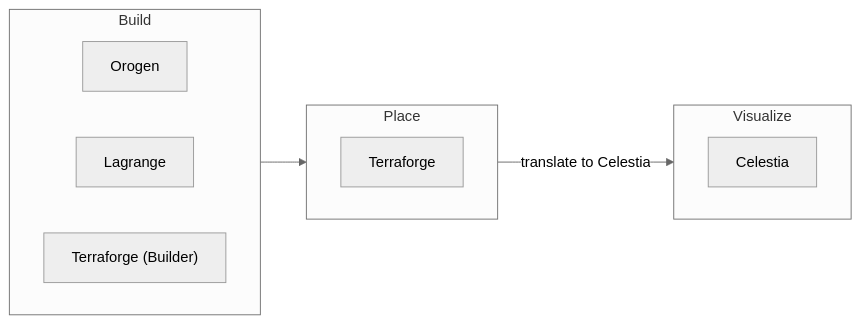
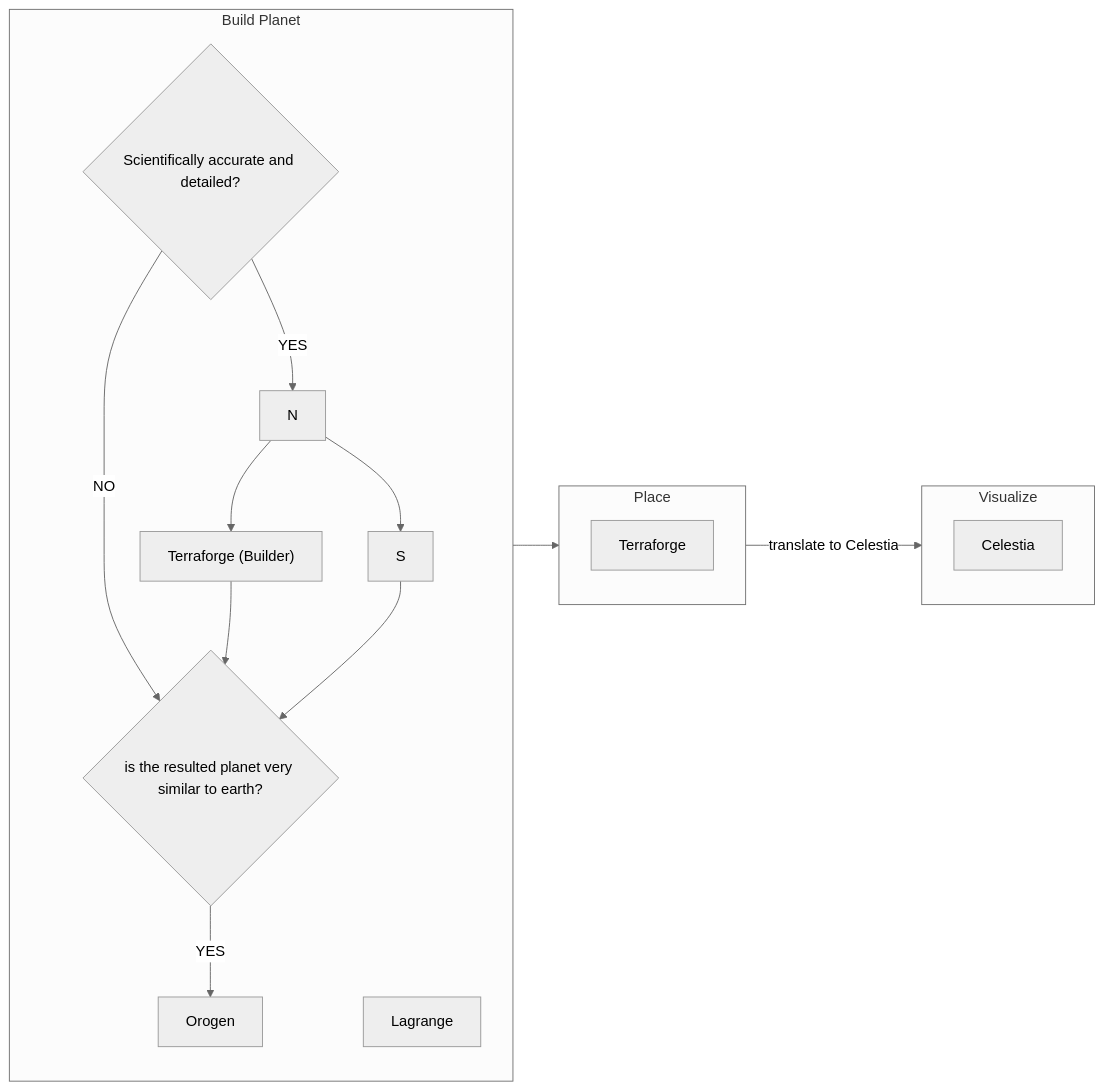
The fifth of 5 diagrams in docs/guidelines/workflow.md (lynnhubbz/Astrocosmos), drawn with Mermaid (neutral theme) before and after one commit. The commit also changed other lines of this file and 8 other files, not shown here.

```diff
--- a/docs/guidelines/workflow.md
+++ b/docs/guidelines/workflow.md
@@ -98,25 +189,41 @@
 ~~~mermaid
 flowchart LR
-    subgraph A["Build"]
-    direction LR
+    
+    B.Oro["Orogen"]
+    Lag["Lagrange"]
+    B.TeF["Terraforge (Builder)"]
+    P.TeF["Terraforge"]
+    
+    subgraph A["Build Planet"]
+    direction TD
+        Q1{"Scientifically accurate and detailed?"}
 
-        BuilderOrogen["Orogen"]
-        Lagrange
-        Terraforge["Terraforge (Builder)"]
+        Q1 --YES--> N:::hidden
+        Q1 --NO--> Q2
+        N --> B.TeF
+        N --> S
+
+        B.TeF --> Q2
+        S --> Q2
+
+        Q2{"is the resulted planet very similar to earth?"}
+        Q2 --YES--> B.Oro
+        Lag
+        B.TeF
 
     end
     
     A --> B
 
     subgraph B[Place]
-    direction RL
-        PlacerTerraforge["Terraforge"]
+    direction TD
+        P.TeF
     end
 
     B -- translate to Celestia --> Celestia
     
     subgraph C[Visualize]
-    direction RL
+    direction TD
         Celestia
     end
 ~~~
```
